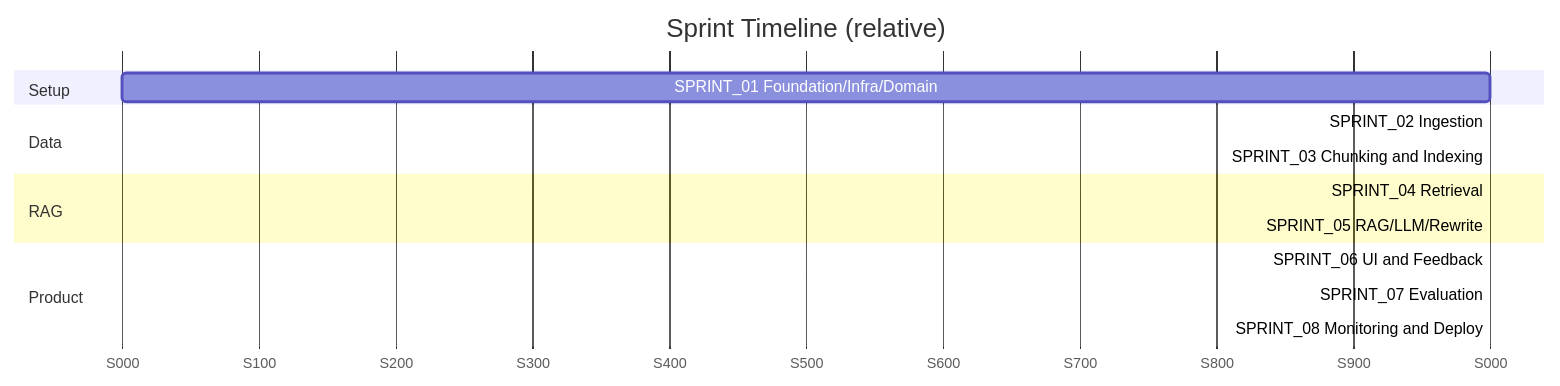
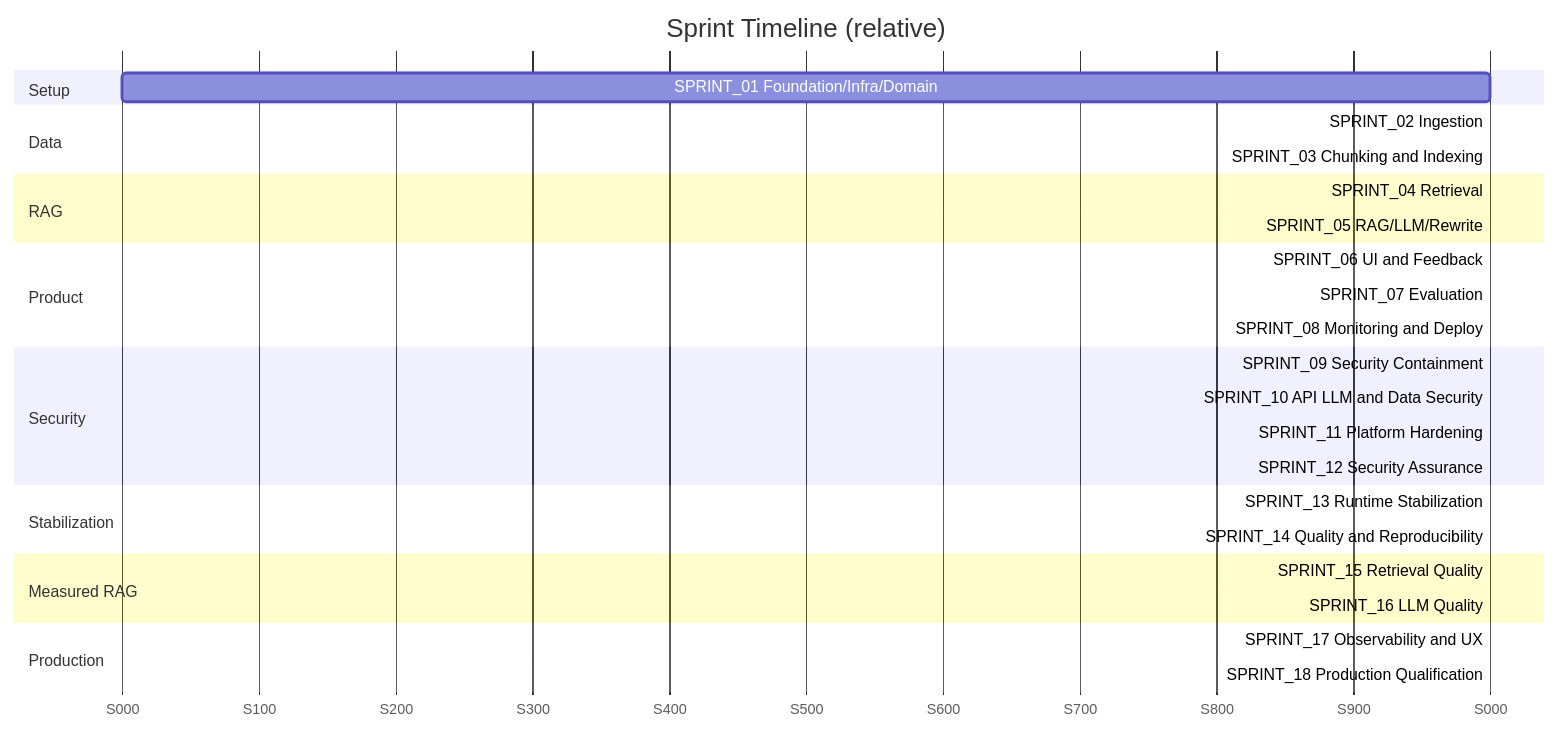
Before and after one commit to igmriegel/PokeRAG: the second of 2 diagrams in docs/00_project/ROADMAP.md, drawn with Mermaid. The commit also changed other lines of this file and 34 other files, not shown here.

Commit message:
docs(harness): consolidate audit remediation roadmap

````diff
--- a/docs/00_project/ROADMAP.md
+++ b/docs/00_project/ROADMAP.md
@@ -65,18 +85,32 @@
 ```mermaid
 gantt
     title Sprint Timeline (relative)
     dateFormat  X
     axisFormat  S%L
     section Setup
     SPRINT_01 Foundation/Infra/Domain      :s1, 0, 1
     section Data
     SPRINT_02 Ingestion                    :s2, after s1, 1
     SPRINT_03 Chunking and Indexing        :s3, after s2, 1
     section RAG
     SPRINT_04 Retrieval                    :s4, after s3, 1
     SPRINT_05 RAG/LLM/Rewrite              :s5, after s4, 1
     section Product
     SPRINT_06 UI and Feedback              :s6, after s5, 1
     SPRINT_07 Evaluation                   :s7, after s6, 1
     SPRINT_08 Monitoring and Deploy        :s8, after s7, 1
+    section Security
+    SPRINT_09 Security Containment         :s9, after s8, 1
+    SPRINT_10 API LLM and Data Security    :s10, after s9, 1
+    SPRINT_11 Platform Hardening           :s11, after s10, 1
+    SPRINT_12 Security Assurance           :s12, after s11, 1
+    section Stabilization
+    SPRINT_13 Runtime Stabilization         :s13, after s12, 1
+    SPRINT_14 Quality and Reproducibility   :s14, after s13, 1
+    section Measured RAG
+    SPRINT_15 Retrieval Quality             :s15, after s14, 1
+    SPRINT_16 LLM Quality                   :s16, after s15, 1
+    section Production
+    SPRINT_17 Observability and UX          :s17, after s16, 1
+    SPRINT_18 Production Qualification      :s18, after s17, 1
 ```
````
